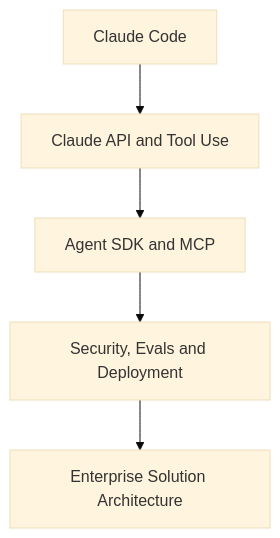
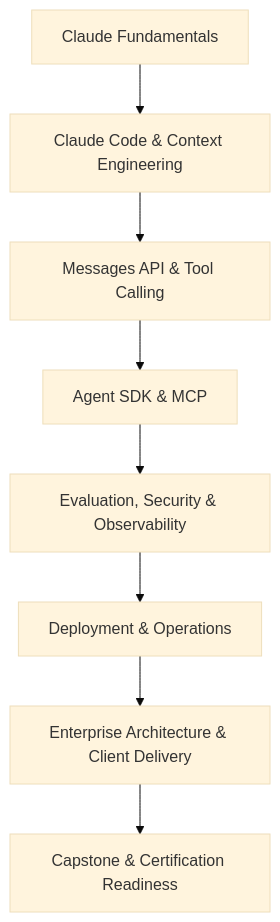
One commit to tim5633/claude-agent-engineering-30-day-bootcamp changed the first of 2 diagrams in README.md. Above: the diagram before and after it, drawn with Mermaid (base theme). The commit also changed other lines of this file, not shown here.

````diff
--- a/README.md
+++ b/README.md
@@ -11,7 +26,10 @@
 ```mermaid
 flowchart TD
- A[Claude Code] --> B[Claude API and Tool Use]
- B --> C[Agent SDK and MCP]
- C --> D[Security, Evals and Deployment]
- D --> E[Enterprise Solution Architecture]
+    A["Claude Fundamentals"] --> B["Claude Code & Context Engineering"]
+    B --> C["Messages API & Tool Calling"]
+    C --> D["Agent SDK & MCP"]
+    D --> E["Evaluation, Security & Observability"]
+    E --> F["Deployment & Operations"]
+    F --> G["Enterprise Architecture & Client Delivery"]
+    G --> H["Capstone & Certification Readiness"]
 ```
````
